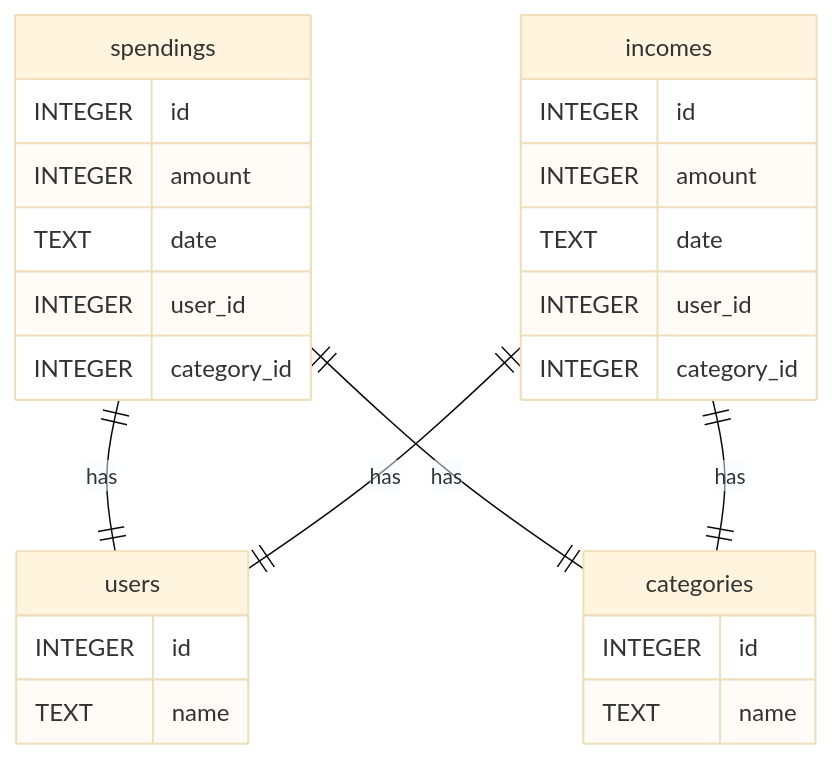
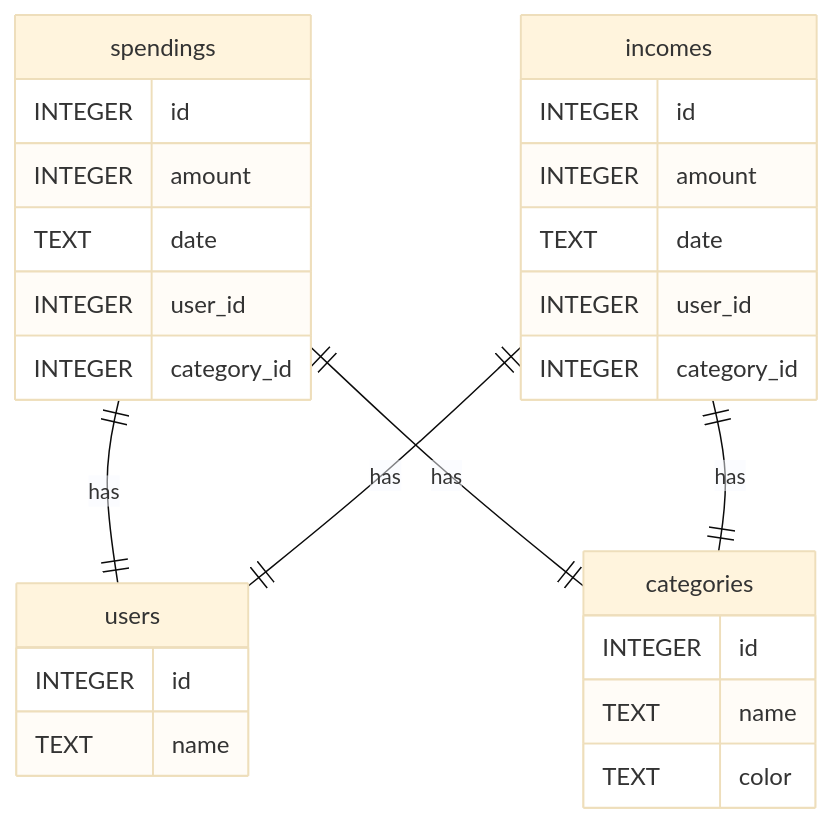
The diagram in doc/er.md (michonchy/housekeeping-book-APP), drawn with Mermaid (base theme) before and after one commit.

Commit message:
ER図の訂正

````diff
--- a/doc/er.md
+++ b/doc/er.md
@@ -1,34 +1,35 @@
 ```mermaid
 erDiagram
 
 users {
     INTEGER id
     TEXT name
 }
 
 categories {
     INTEGER id
     TEXT name
+    TEXT color
 }
 
 spendings {
     INTEGER id
     INTEGER amount
     TEXT date
     INTEGER user_id
     INTEGER category_id
 }
 spendings ||--|| users : has
 spendings ||--|| categories : has
 
 incomes {
     INTEGER id
     INTEGER amount
     TEXT date
     INTEGER user_id
     INTEGER category_id
 }
 incomes ||--|| users : has
 incomes ||--|| categories : has
 
 ```
````
